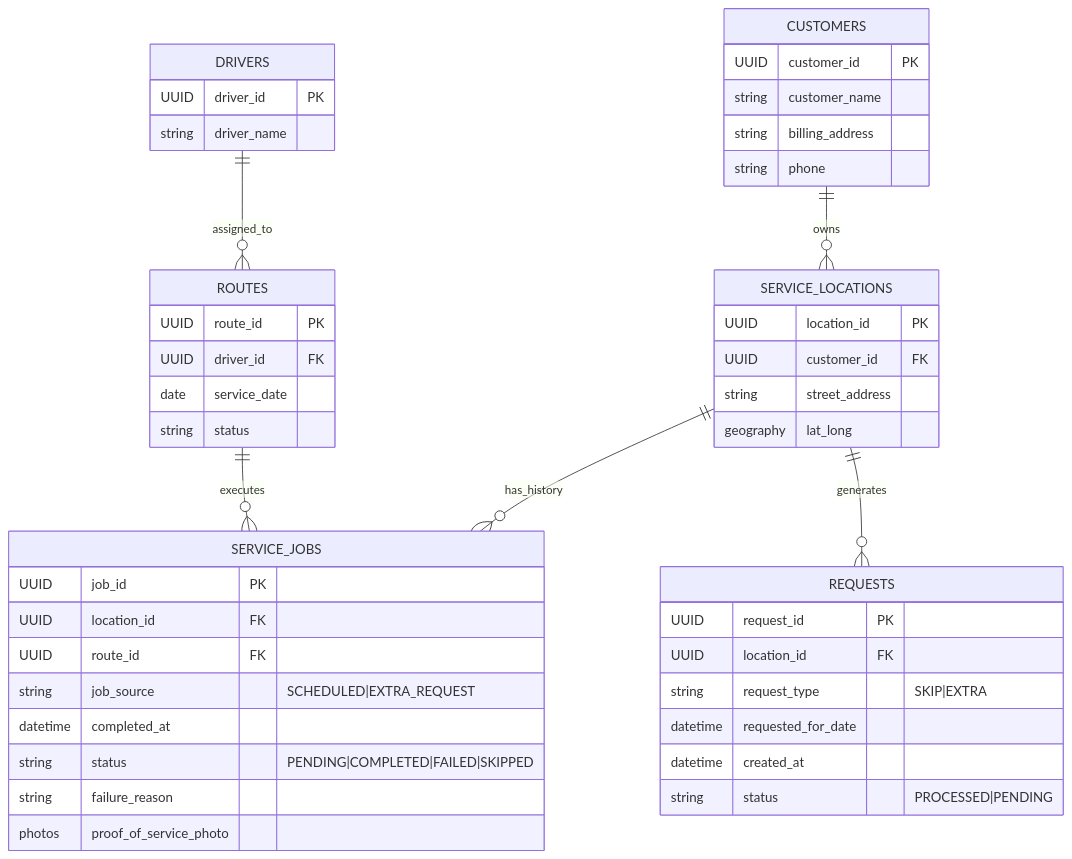
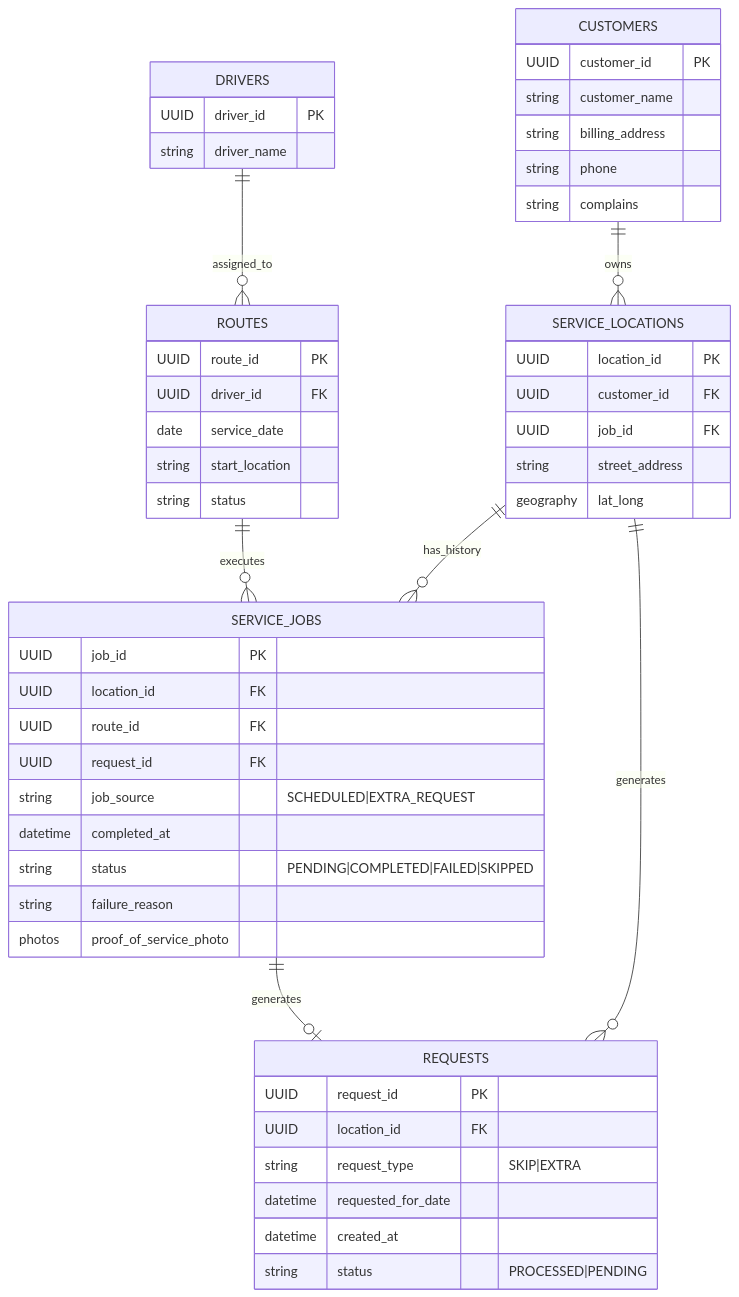
One commit to Demonico/dsd-feb-26-cohort changed the diagram in erd.md. Above: the diagram before and after it, drawn with Mermaid.

Commit message:
Update ERD diagram from meeting

````diff
--- a/erd.md
+++ b/erd.md
@@ -1,56 +1,61 @@
 ```mermaid
 erDiagram
     CUSTOMERS {
         UUID customer_id PK
         string customer_name
         string billing_address
         string phone
+        string complains
     }
 
     SERVICE_LOCATIONS {
         UUID location_id PK
         UUID customer_id FK
+        UUID job_id FK
         string street_address
         geography lat_long
     }
 
     DRIVERS {
         UUID driver_id PK
         string driver_name
     }
 
     %% Dynamic / Daily Data
     ROUTES {
         UUID route_id PK
         UUID driver_id FK
         date service_date
+        string start_location
         string status
     }
 
     SERVICE_JOBS {
         UUID job_id PK
         UUID location_id FK
         UUID route_id FK
+        UUID request_id FK
         string job_source "SCHEDULED|EXTRA_REQUEST"
         datetime completed_at
         string status "PENDING|COMPLETED|FAILED|SKIPPED"
         string failure_reason
         photos proof_of_service_photo
     }
 
     REQUESTS {
         UUID request_id PK
         UUID location_id FK
         string request_type "SKIP|EXTRA"
         datetime requested_for_date
         datetime created_at
         string status "PROCESSED|PENDING"
     }
 
     %% Relationships
     CUSTOMERS ||--o{ SERVICE_LOCATIONS : "owns"
     DRIVERS ||--o{ ROUTES : "assigned_to"
     ROUTES ||--o{ SERVICE_JOBS : "executes"
+    SERVICE_JOBS ||--o| REQUESTS : "generates"
     SERVICE_LOCATIONS ||--o{ SERVICE_JOBS : "has_history"
     SERVICE_LOCATIONS ||--o{ REQUESTS : "generates"
 ```
````
